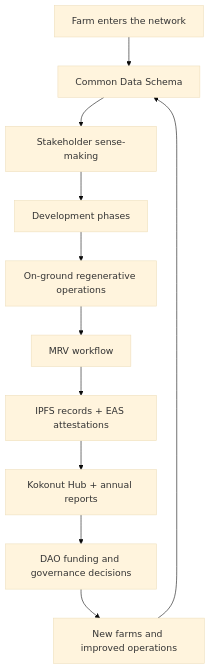
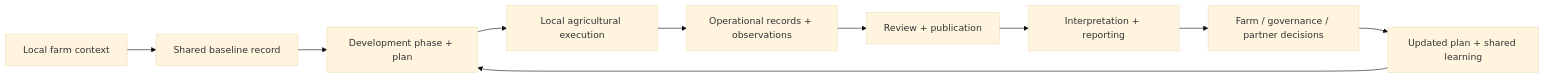
The diagram in kokonut-framework/Introduction.mdx (wasalo/Kokonut-Public-Site), drawn with Mermaid (base theme) before and after one commit. The commit also changed other lines of this file, not shown here.

Commit message:
docs(kokonut-framework): improve Framework introduction

````diff
--- a/kokonut-framework/Introduction.mdx
+++ b/kokonut-framework/Introduction.mdx
@@ -118,13 +55,12 @@
 ```mermaid
-flowchart TD
-    A["Farm enters the network"] --> B["Common Data Schema"]
-    B --> C["Stakeholder sense-making"]
-    C --> D["Development phases"]
-    D --> E["On-ground regenerative operations"]
-    E --> F["MRV workflow"]
-    F --> G["IPFS records + EAS attestations"]
-    G --> H["Kokonut Hub + annual reports"]
-    H --> I["DAO funding and governance decisions"]
-    I --> J["New farms and improved operations"]
-    J --> B
+flowchart LR
+    A["Local farm context"] --> B["Shared baseline record"]
+    B --> C["Development phase + plan"]
+    C --> D["Local agricultural execution"]
+    D --> E["Operational records + observations"]
+    E --> F["Review + publication"]
+    F --> G["Interpretation + reporting"]
+    G --> H["Farm / governance / partner decisions"]
+    H --> I["Updated plan + shared learning"]
+    I --> C
 ```
````
